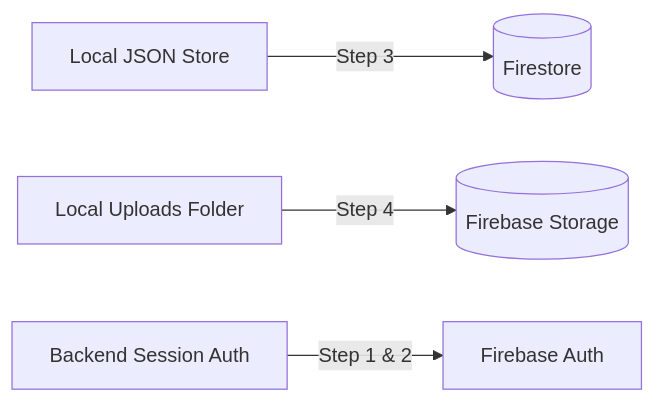
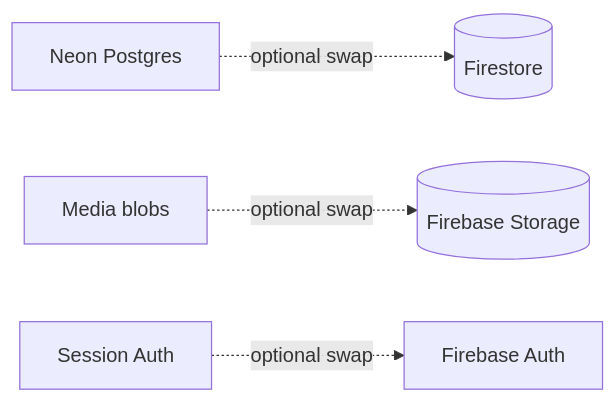
One commit to Shubham809380/Smart_Coders_Gandhi-institute-of-excellent-technocrats_-SWACHHLENS changed the fifth of 5 diagrams in README.md. Above: the diagram before and after it, drawn with Mermaid. The commit also changed other lines of this file, not shown here.

````diff
--- a/README.md
+++ b/README.md
@@ -353,6 +355,6 @@
 ```mermaid
 flowchart LR
-    A[Local JSON Store] -->|Step 3| B[(Firestore)]
-    C[Local Uploads Folder] -->|Step 4| D[(Firebase Storage)]
-    E[Backend Session Auth] -->|Step 1 & 2| F[Firebase Auth]
+    A[Neon Postgres] -.optional swap.-> B[(Firestore)]
+    C[Media blobs] -.optional swap.-> D[(Firebase Storage)]
+    E[Session Auth] -.optional swap.-> F[Firebase Auth]
 ```
````
